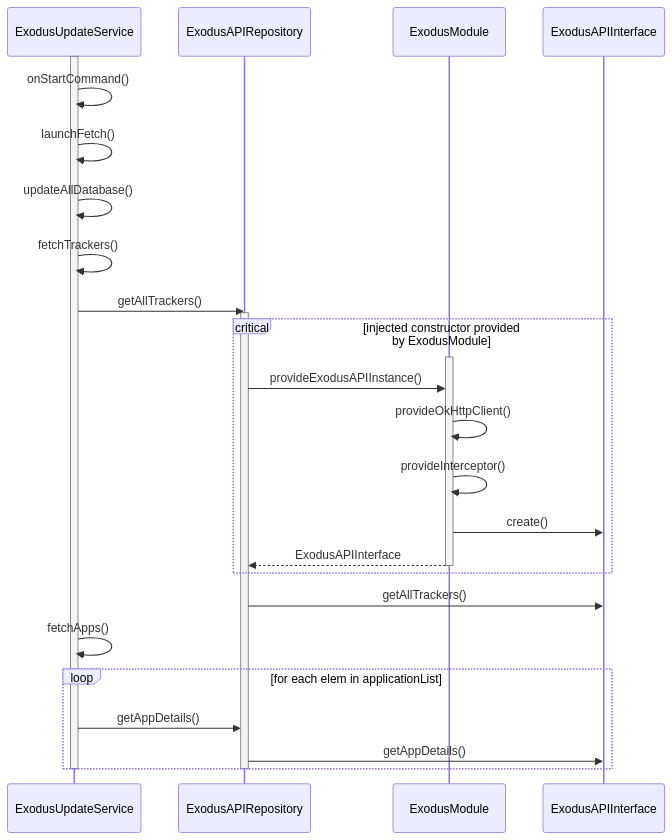
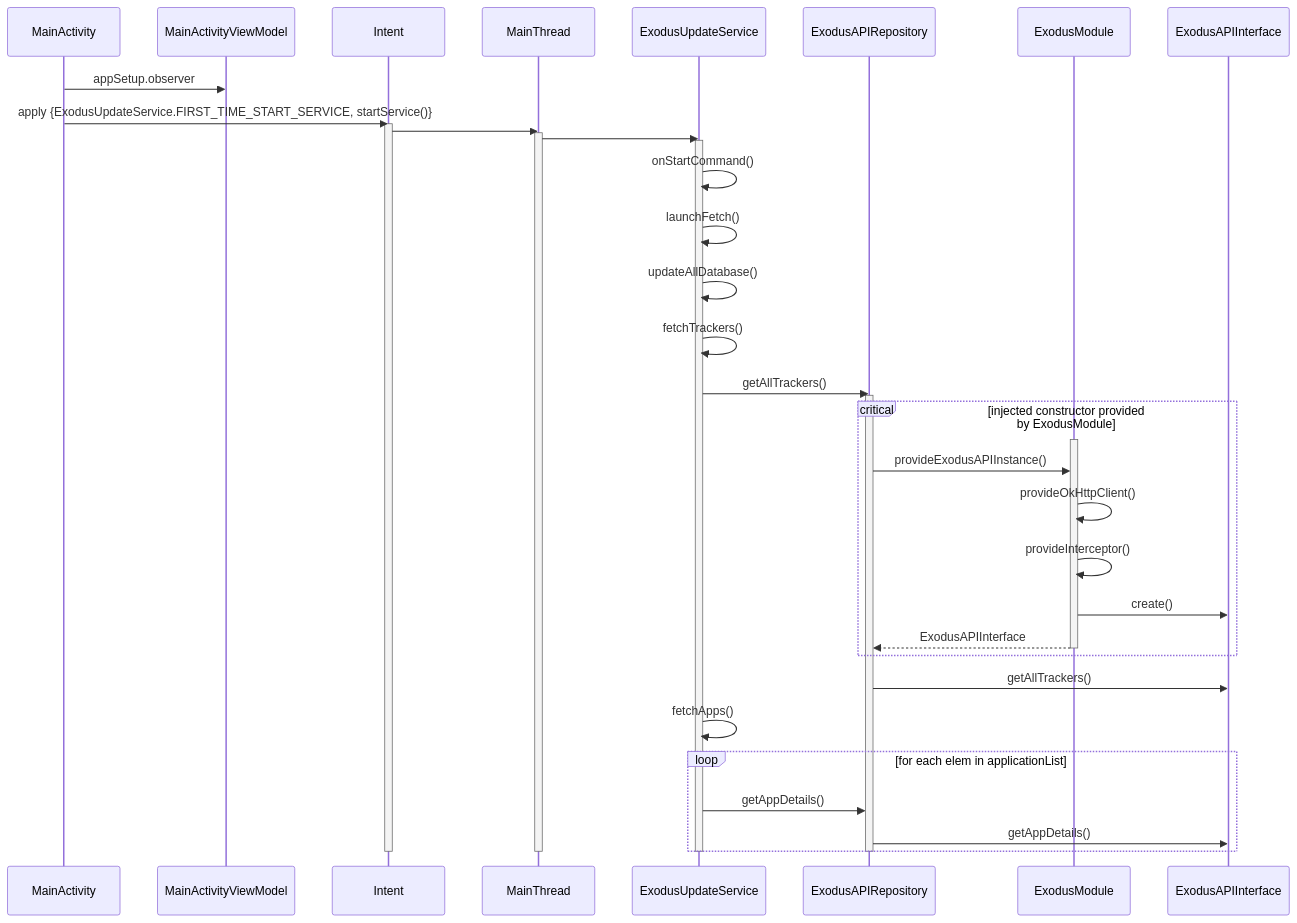
One commit to Exodus-Privacy/exodus-android-app changed the diagram in doc/ExodusUpdateServiceSequence.md. Above: the diagram before and after it, drawn with Mermaid. The commit also changed other lines of this file and 5 other files, not shown here.

Commit message:
Update Sequence Diagram

````diff
--- a/doc/ExodusUpdateServiceSequence.md
+++ b/doc/ExodusUpdateServiceSequence.md
@@ -3,31 +3,43 @@
 ```mermaid
-sequenceDiagram     
+sequenceDiagram
+    participant MainActivity
+    participant MainActivityViewModel
+    participant Intent
+    participant MainThread
     participant ExodusUpdateService
     participant ExodusAPIRepository
     participant ExodusModule
     participant ExodusAPIInterface
+    MainActivity ->> MainActivityViewModel: appSetup.observer
+    MainActivity ->> Intent: apply {ExodusUpdateService.FIRST_TIME_START_SERVICE, startService()}
+    activate Intent
+    Intent ->> MainThread: 
+    activate MainThread
+    MainThread ->> ExodusUpdateService:  
     activate ExodusUpdateService
     ExodusUpdateService ->> ExodusUpdateService: onStartCommand()
     ExodusUpdateService ->> ExodusUpdateService: launchFetch()
     ExodusUpdateService ->> ExodusUpdateService: updateAllDatabase()
     ExodusUpdateService ->> ExodusUpdateService: fetchTrackers()
     ExodusUpdateService ->> ExodusAPIRepository: getAllTrackers()    
     activate ExodusAPIRepository
     critical injected constructor provided by ExodusModule
     activate ExodusModule
     ExodusAPIRepository ->> ExodusModule: provideExodusAPIInstance()
     ExodusModule ->> ExodusModule: provideOkHttpClient()
     ExodusModule ->> ExodusModule: provideInterceptor()
     ExodusModule ->> ExodusAPIInterface: create()
     ExodusModule -->> ExodusAPIRepository: ExodusAPIInterface
     deactivate ExodusModule
     end
     ExodusAPIRepository ->> ExodusAPIInterface: getAllTrackers()
     ExodusUpdateService ->> ExodusUpdateService: fetchApps()
     loop for each elem in applicationList
     ExodusUpdateService ->> ExodusAPIRepository: getAppDetails()
     ExodusAPIRepository ->> ExodusAPIInterface: getAppDetails()
     end
     deactivate ExodusUpdateService
-    deactivate ExodusAPIRepository    
+    deactivate ExodusAPIRepository
+    deactivate Intent
+    deactivate MainThread    
 ```
````
